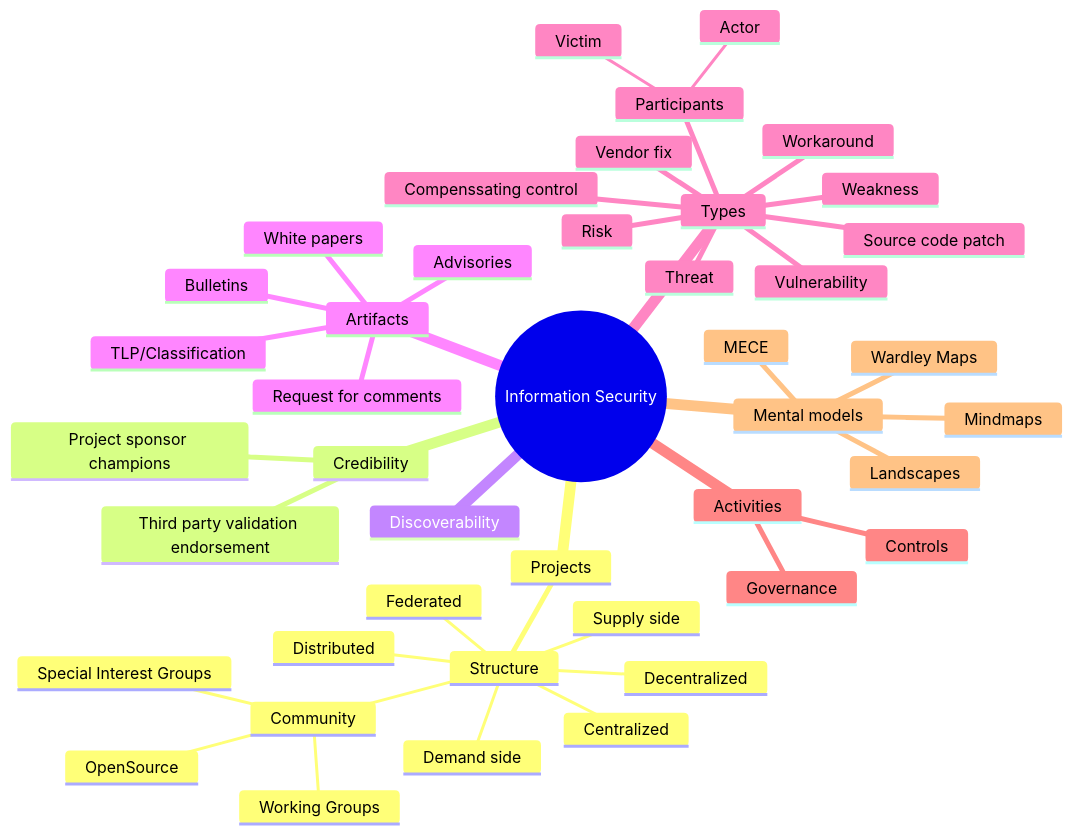
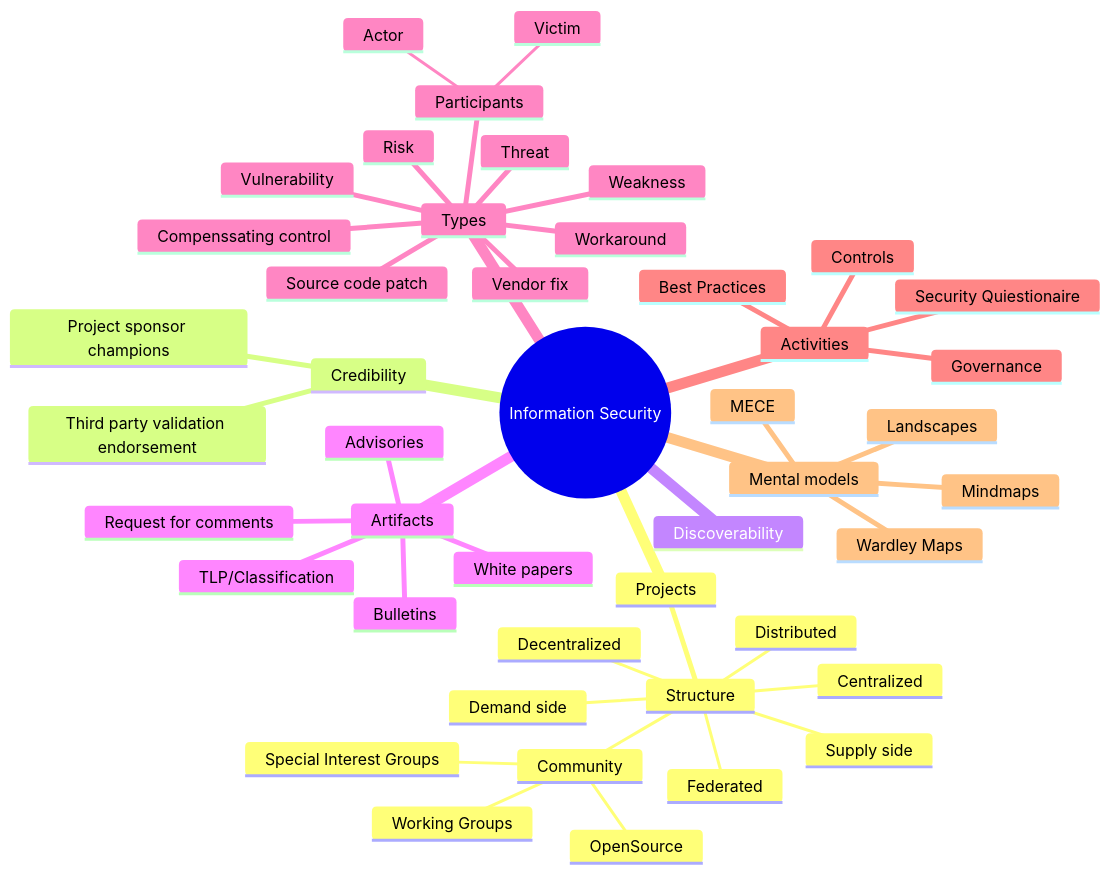
The diagram in security/security-information-projects.md (kurtseifried/wardley-maps), drawn with Mermaid before and after one commit.

````diff
--- a/security/security-information-projects.md
+++ b/security/security-information-projects.md
@@ -1,46 +1,48 @@
 ```mermaid
 mindmap
   root((Information Security))
     Projects
       Structure
         Centralized
         Decentralized
         Federated
         Distributed
         Supply side
         Demand side
         Community
           OpenSource
           Working Groups
           Special Interest Groups
     Credibility
       Third party validation endorsement
       Project sponsor champions
     Discoverability
     Artifacts
       White papers
       Request for comments
       Advisories
       Bulletins
       TLP/Classification
     Types
       Vulnerability
       Threat
       Risk
       Weakness
       Workaround
       Compenssating control
       Vendor fix
       Source code patch
       Participants
         Actor
         Victim
     Activities
       Governance
       Controls
+      Best Practices
+      Security Quiestionaire 
     Mental models
       Mindmaps
       Wardley Maps
       MECE
       Landscapes
 ```
````
